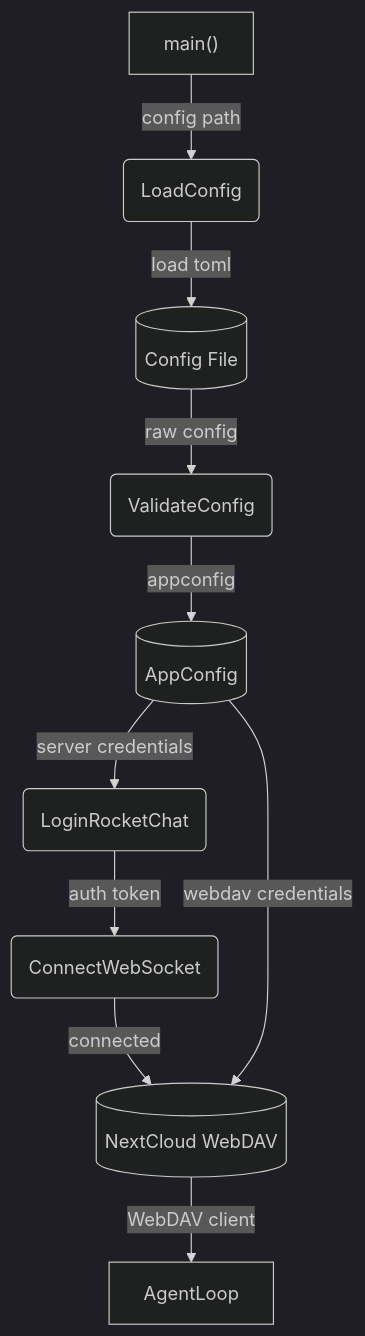
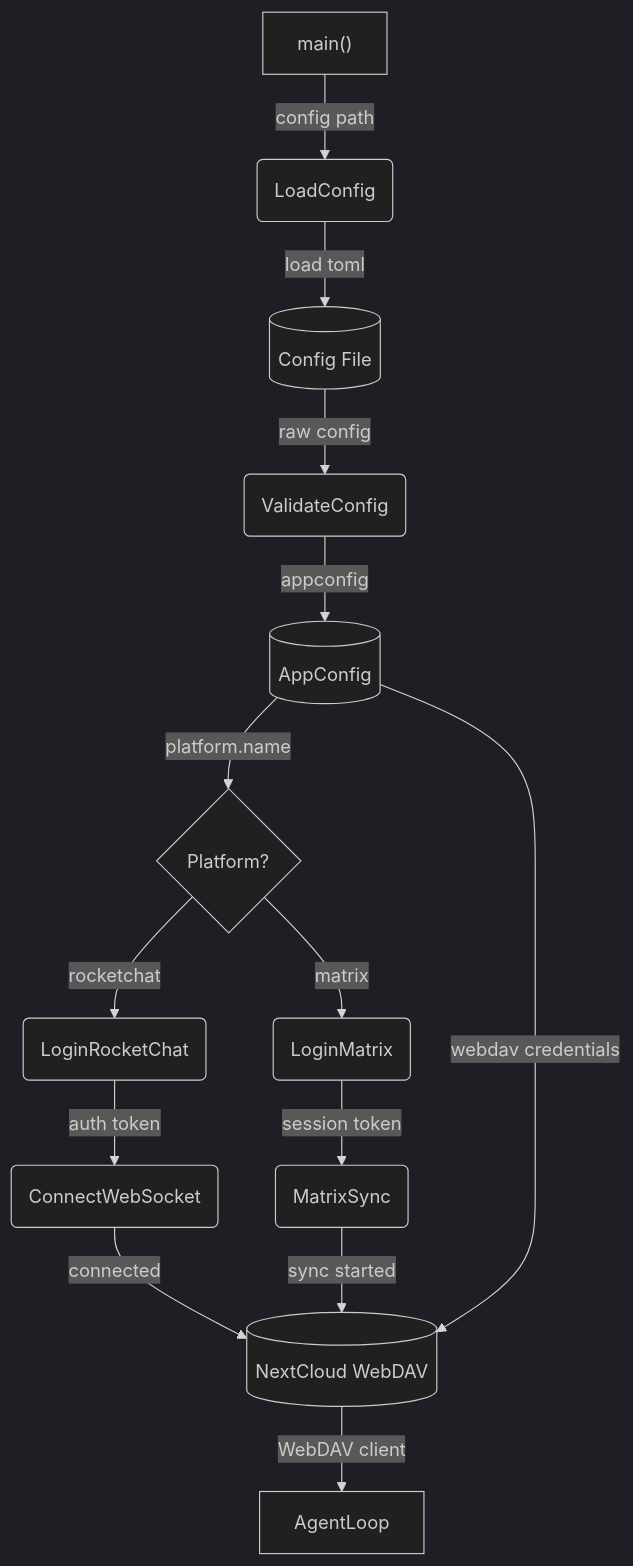
Before and after one commit to cosmoswafer/rockbot: the third of 4 diagrams in _dfd/agent/agent-loop.md, drawn with Mermaid (dark theme). The commit also changed other lines of this file and 6 other files, not shown here.

First line of the commit message:
dfd: add llama.cpp chat provider and Matrix client support

````diff
--- a/_dfd/agent/agent-loop.md
+++ b/_dfd/agent/agent-loop.md
@@ -114,22 +121,29 @@
 ```mermaid
 flowchart TD
     START["main()"]
     CFG(LoadConfig)
     TOML[(Config File)]
     VALIDATE(ValidateConfig)
-    LOGIN(LoginRocketChat)
-    CONNECT(ConnectWebSocket)
+    SELECT{Platform?}
+    LOGIN_RC(LoginRocketChat)
+    CONNECT_RC(ConnectWebSocket)
+    LOGIN_MX(LoginMatrix)
+    SYNC_MX(MatrixSync)
     DAV[(NextCloud WebDAV)]
     LOOP[AgentLoop]
     CFG_STORE[(AppConfig)]
 
     START -->|"config path"| CFG
     CFG -->|"load toml"| TOML
     TOML -->|"raw config"| VALIDATE
     VALIDATE -->|"appconfig"| CFG_STORE
-    CFG_STORE -->|"server credentials"| LOGIN
-    LOGIN -->|"auth token"| CONNECT
-    CONNECT -->|"connected"| DAV
+    CFG_STORE -->|"platform.name"| SELECT
+    SELECT -->|"rocketchat"| LOGIN_RC
+    SELECT -->|"matrix"| LOGIN_MX
+    LOGIN_RC -->|"auth token"| CONNECT_RC
+    CONNECT_RC -->|"connected"| DAV
+    LOGIN_MX -->|"session token"| SYNC_MX
+    SYNC_MX -->|"sync started"| DAV
     CFG_STORE -->|"webdav credentials"| DAV
     DAV -->|"WebDAV client"| LOOP
 ```
````
